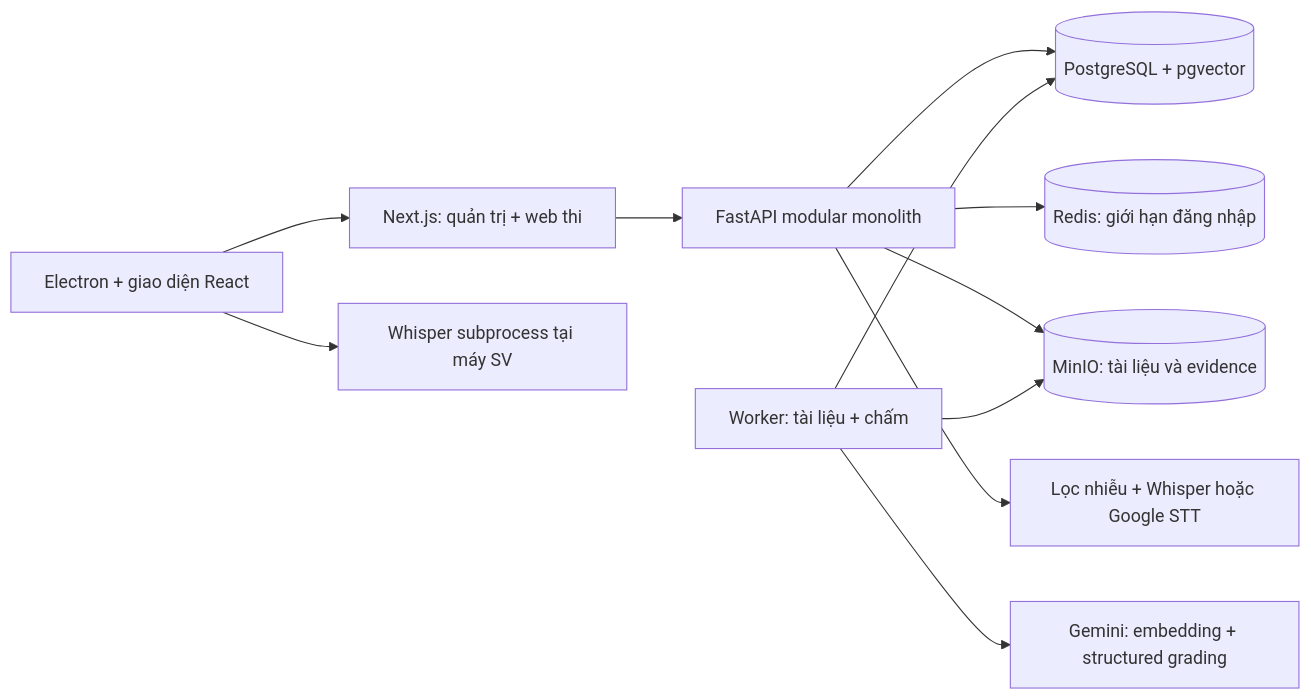
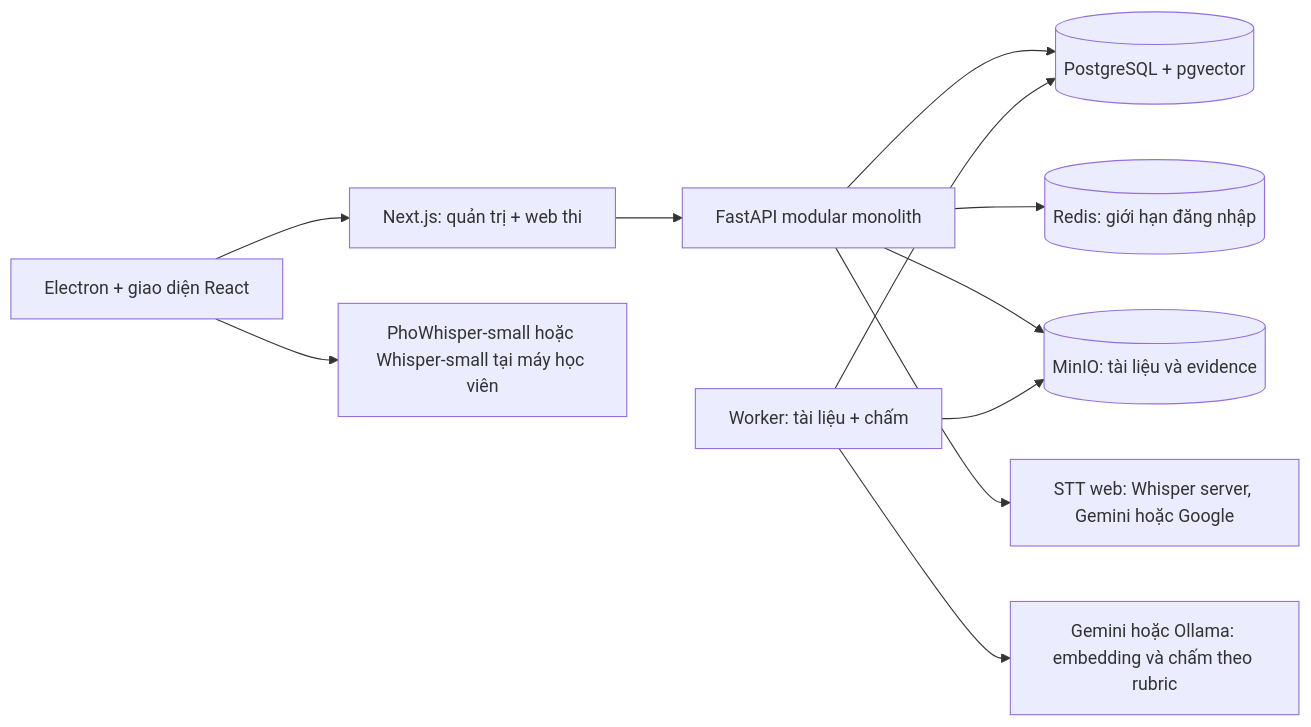
One commit to NCKH-LongT/AI-Oral-Assessment-Platform changed the diagram in docs/architecture/phase-1.md. Above: the diagram before and after it, drawn with Mermaid. The commit also changed other lines of this file and 23 other files, not shown here.

Commit message:
feat: add local and online backend switching and refresh architecture docs

````diff
--- a/docs/architecture/phase-1.md
+++ b/docs/architecture/phase-1.md
@@ -22,13 +18,13 @@
 ```mermaid
 flowchart LR
   Web[Next.js: quản trị + web thi] --> API[FastAPI modular monolith]
   Electron[Electron + giao diện React] --> Web
-  Electron --> LocalSTT[Whisper subprocess tại máy SV]
+  Electron --> LocalSTT[PhoWhisper-small hoặc Whisper-small tại máy học viên]
   API --> PG[(PostgreSQL + pgvector)]
   API --> Redis[(Redis: giới hạn đăng nhập)]
   API --> S3[(MinIO: tài liệu và evidence)]
-  API --> STT[Lọc nhiễu + Whisper hoặc Google STT]
+  API --> STT[STT web: Whisper server, Gemini hoặc Google]
   Worker[Worker: tài liệu + chấm] --> PG
   Worker --> S3
-  Worker --> Gemini[Gemini: embedding + structured grading]
+  Worker --> AI[Gemini hoặc Ollama: embedding và chấm theo rubric]
 ```
````
